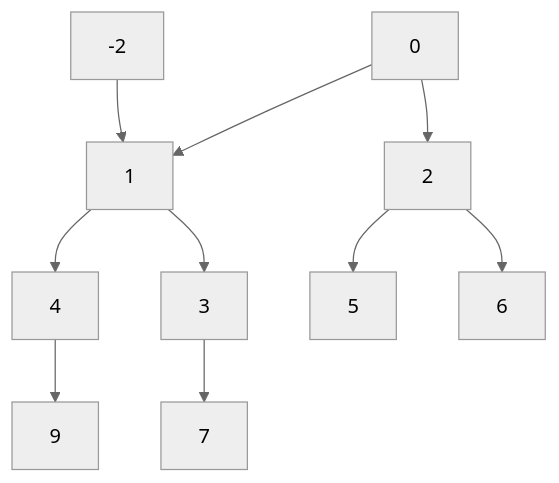
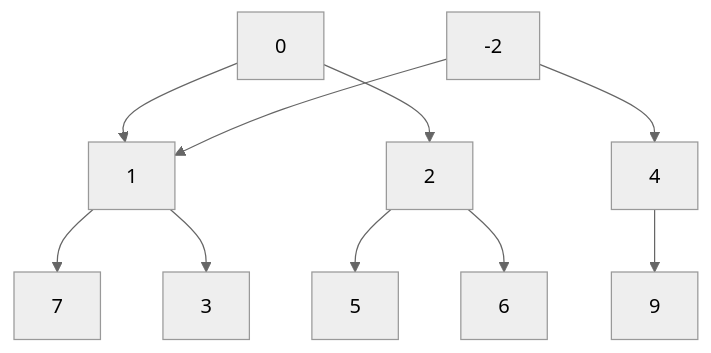
The fourth of 4 diagrams in README.md (alkasher/Binary_Heap), drawn with Mermaid (neutral theme) before and after one commit. The commit also changed other lines of this file, not shown here.

````diff
--- a/README.md
+++ b/README.md
@@ -48,12 +48,12 @@
 ```mermaid
 graph TD;
     0-->1;
     0-->2;
     -2-->1;
-    1-->4;
+    -2-->4;
     2-->5;
     2-->6;
-    3-->7;
+    1-->7;
     1-->3;
     4-->9;
 ```
````
